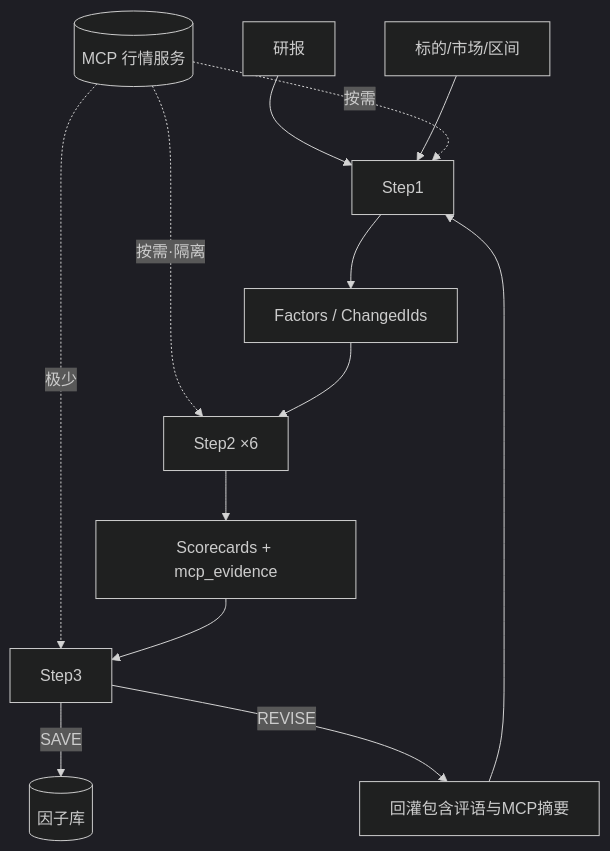
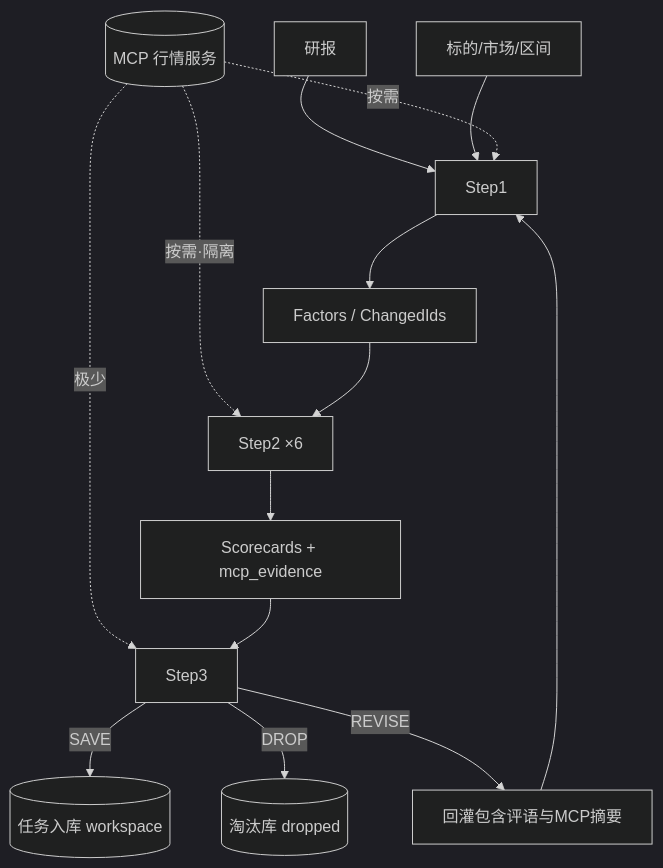
Before and after one commit to CnOxx1/EvoQuantFactor: the seventh of 7 diagrams in docs/因子提取评审流程设计.md, drawn with Mermaid (dark theme). The commit also changed other lines of this file and 42 other files, not shown here.

````diff
--- a/docs/因子提取评审流程设计.md
+++ b/docs/因子提取评审流程设计.md
@@ -238,16 +240,17 @@
 ```mermaid
 flowchart TB
     Report[研报] --> S1
     Meta[标的/市场/区间] --> S1
     MCP[(MCP 行情服务)] -.->|按需| S1
     MCP -.->|按需·隔离| S2
     MCP -.->|极少| S3
 
     S1[Step1] --> Factors[Factors / ChangedIds]
     Factors --> S2[Step2 ×6]
     S2 --> SC[Scorecards + mcp_evidence]
     SC --> S3[Step3]
-    S3 -->|SAVE| DB[(因子库)]
+    S3 -->|SAVE| WS[(任务入库 workspace)]
+    S3 -->|DROP| DP[(淘汰库 dropped)]
     S3 -->|REVISE| FB[回灌包含评语与MCP摘要]
     FB --> S1
 ```
````
